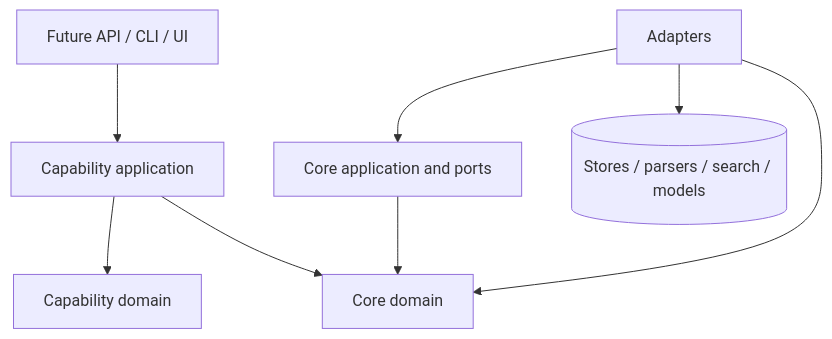
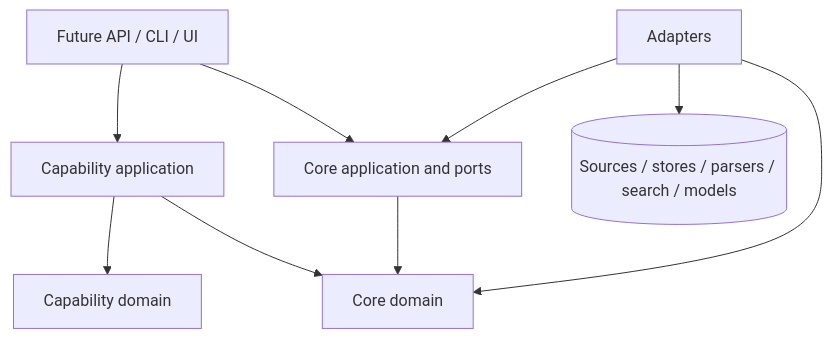
Before and after one commit to kumarchandansingh/tropos: the second of 3 diagrams in docs/architecture/ARCHITECTURE_OVERVIEW.md, drawn with Mermaid. The commit also changed other lines of this file and 12 other files, not shown here.

````diff
--- a/docs/architecture/ARCHITECTURE_OVERVIEW.md
+++ b/docs/architecture/ARCHITECTURE_OVERVIEW.md
@@ -32,18 +34,19 @@
 ```mermaid
 flowchart TB
     Presentation[Future API / CLI / UI]
     CapApp[Capability application]
     CapDomain[Capability domain]
     CoreApp[Core application and ports]
     CoreDomain[Core domain]
     Adapters[Adapters]
-    External[(Stores / parsers / search / models)]
+    External[(Sources / stores / parsers / search / models)]
 
     Presentation --> CapApp
+    Presentation --> CoreApp
     CapApp --> CapDomain
     CapApp --> CoreDomain
     CoreApp --> CoreDomain
     Adapters --> CoreApp
     Adapters --> CoreDomain
     Adapters --> External
 ```
````
